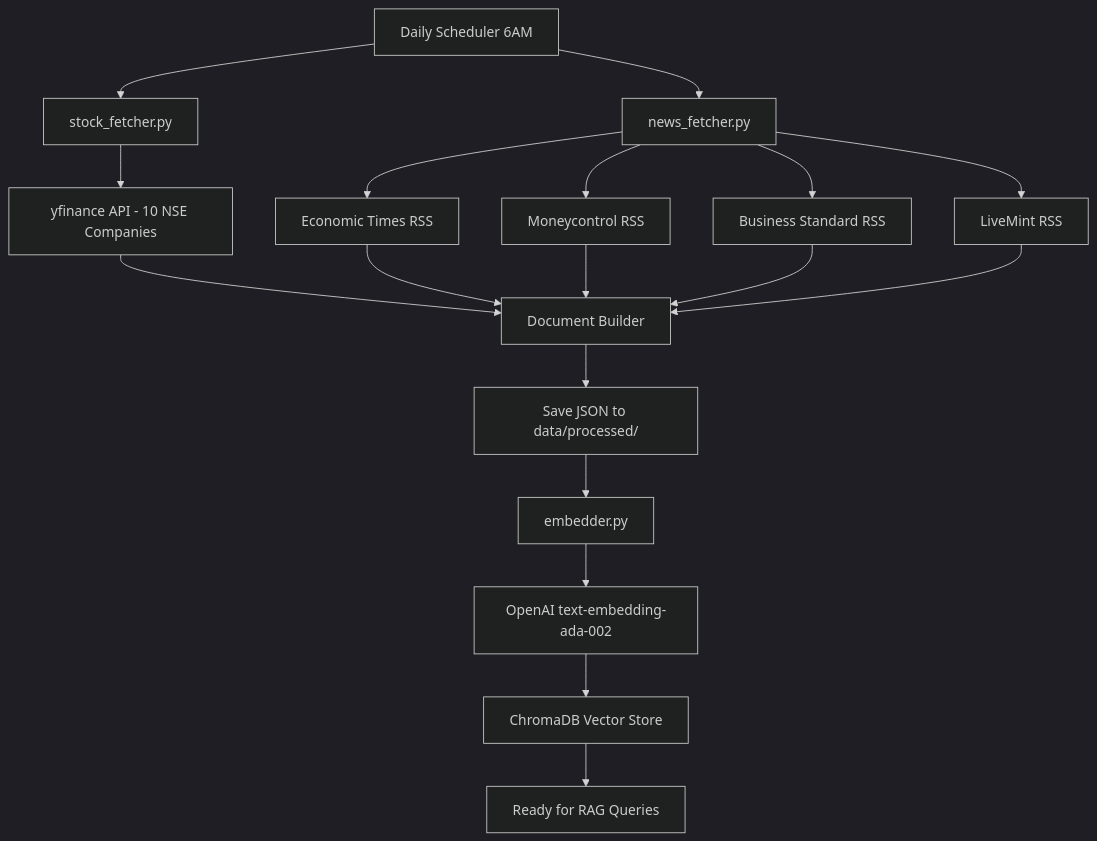
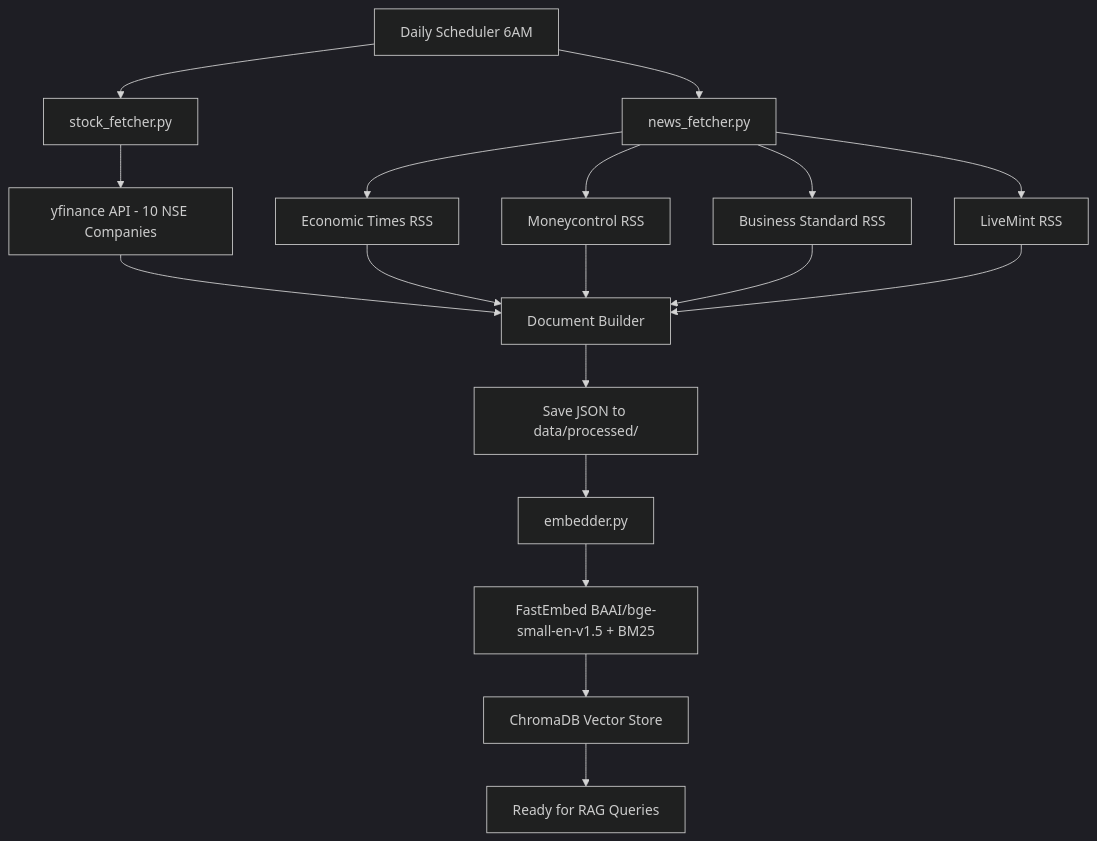
The second of 6 diagrams in README.md (Shikhar-Kesharwani/STOCK_MARKET_LLM), drawn with Mermaid (dark theme) before and after one commit. The commit also changed other lines of this file, not shown here.

Commit message:
docs: update README to reflect Gemini, FastEmbed, and Debate features

````diff
--- a/README.md
+++ b/README.md
@@ -136,20 +137,20 @@
 ```mermaid
 flowchart TD
     A[Daily Scheduler 6AM] --> B[stock_fetcher.py]
     A --> C[news_fetcher.py]
     B --> D[yfinance API - 10 NSE Companies]
     C --> E[Economic Times RSS]
     C --> F[Moneycontrol RSS]
     C --> G[Business Standard RSS]
     C --> H[LiveMint RSS]
     D --> I[Document Builder]
     E --> I
     F --> I
     G --> I
     H --> I
     I --> J[Save JSON to data/processed/]
     J --> K[embedder.py]
-    K --> L[OpenAI text-embedding-ada-002]
+    K --> L[FastEmbed BAAI/bge-small-en-v1.5 + BM25]
     L --> M[ChromaDB Vector Store]
     M --> N[Ready for RAG Queries]
 ```
````
